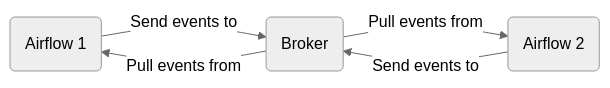
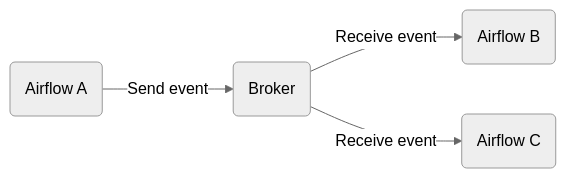
One commit to jrderuiter/airbridge changed the first of 2 diagrams in README.md. Above: the diagram before and after it, drawn with Mermaid (neutral theme). The commit also changed other lines of this file and 25 other files, not shown here.

````diff
--- a/README.md
+++ b/README.md
@@ -11,12 +9,11 @@
 ```mermaid
 graph LR
-	airflow1(Airflow 1)
-	airflow2(Airflow 2)
+  airflow1(Airflow A)
+	airflow2(Airflow B)
+  airflow3(Airflow C)
 	broker(Broker)
 
-	airflow1 -->|Send events to| broker
-	broker -->|Pull events from| airflow1
-
-	airflow2 -->|Send events to| broker
-	broker -->|Pull events from| airflow2
+	airflow1 -->|Send event| broker
+  broker -->|Receive event| airflow2
+  broker -->|Receive event| airflow3
 ```
````
